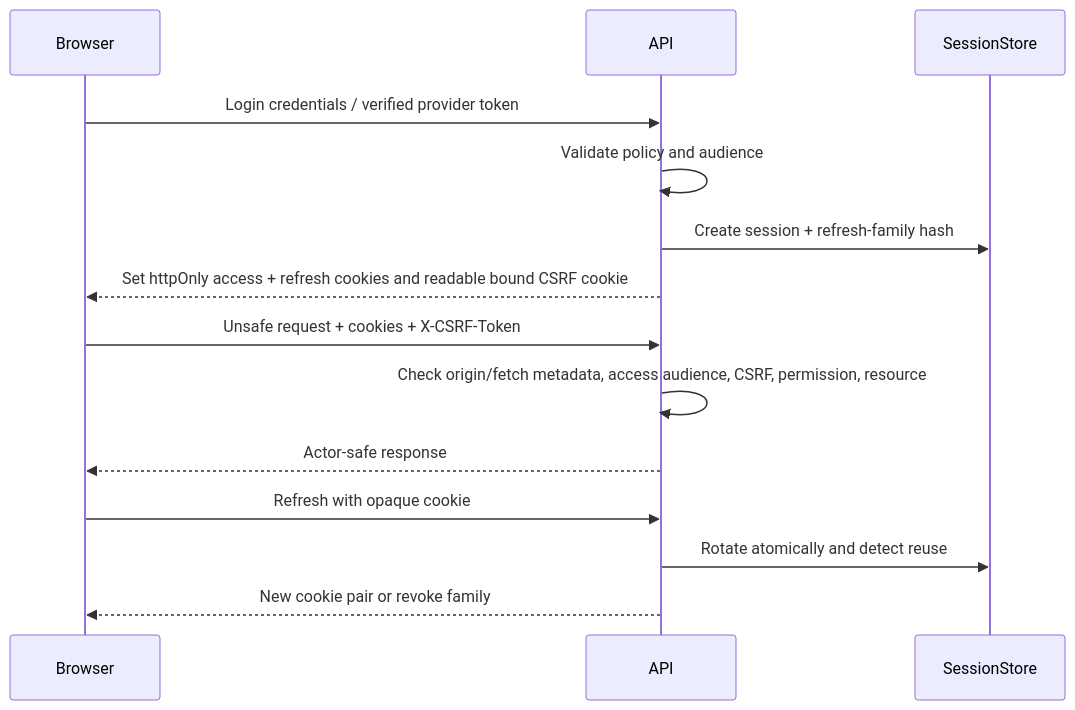
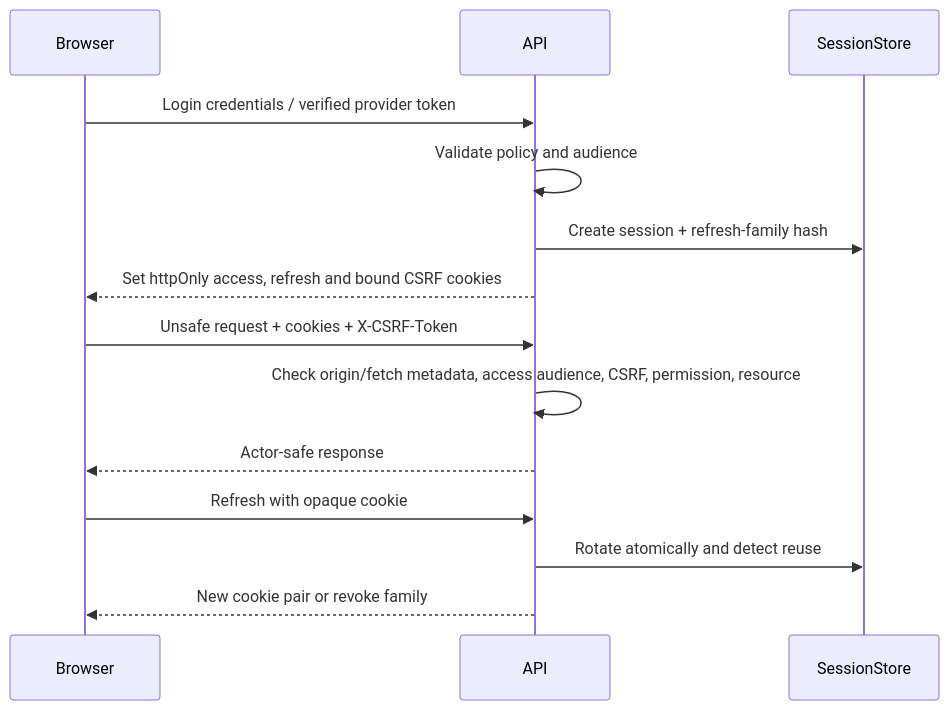
Before and after one commit to Kaizer-Systems/saha-textile: the second of 2 diagrams in docs/backend/security-and-identity.md, drawn with Mermaid. The commit also changed other lines of this file and 85 other files, not shown here.

````diff
--- a/docs/backend/security-and-identity.md
+++ b/docs/backend/security-and-identity.md
@@ -95,17 +95,17 @@
 ```mermaid
 sequenceDiagram
     participant Browser
     participant API
     participant SessionStore
 
     Browser->>API: Login credentials / verified provider token
     API->>API: Validate policy and audience
     API->>SessionStore: Create session + refresh-family hash
-    API-->>Browser: Set httpOnly access + refresh cookies and readable bound CSRF cookie
+    API-->>Browser: Set httpOnly access, refresh and bound CSRF cookies
     Browser->>API: Unsafe request + cookies + X-CSRF-Token
     API->>API: Check origin/fetch metadata, access audience, CSRF, permission, resource
     API-->>Browser: Actor-safe response
     Browser->>API: Refresh with opaque cookie
     API->>SessionStore: Rotate atomically and detect reuse
     API-->>Browser: New cookie pair or revoke family
 ```
````
